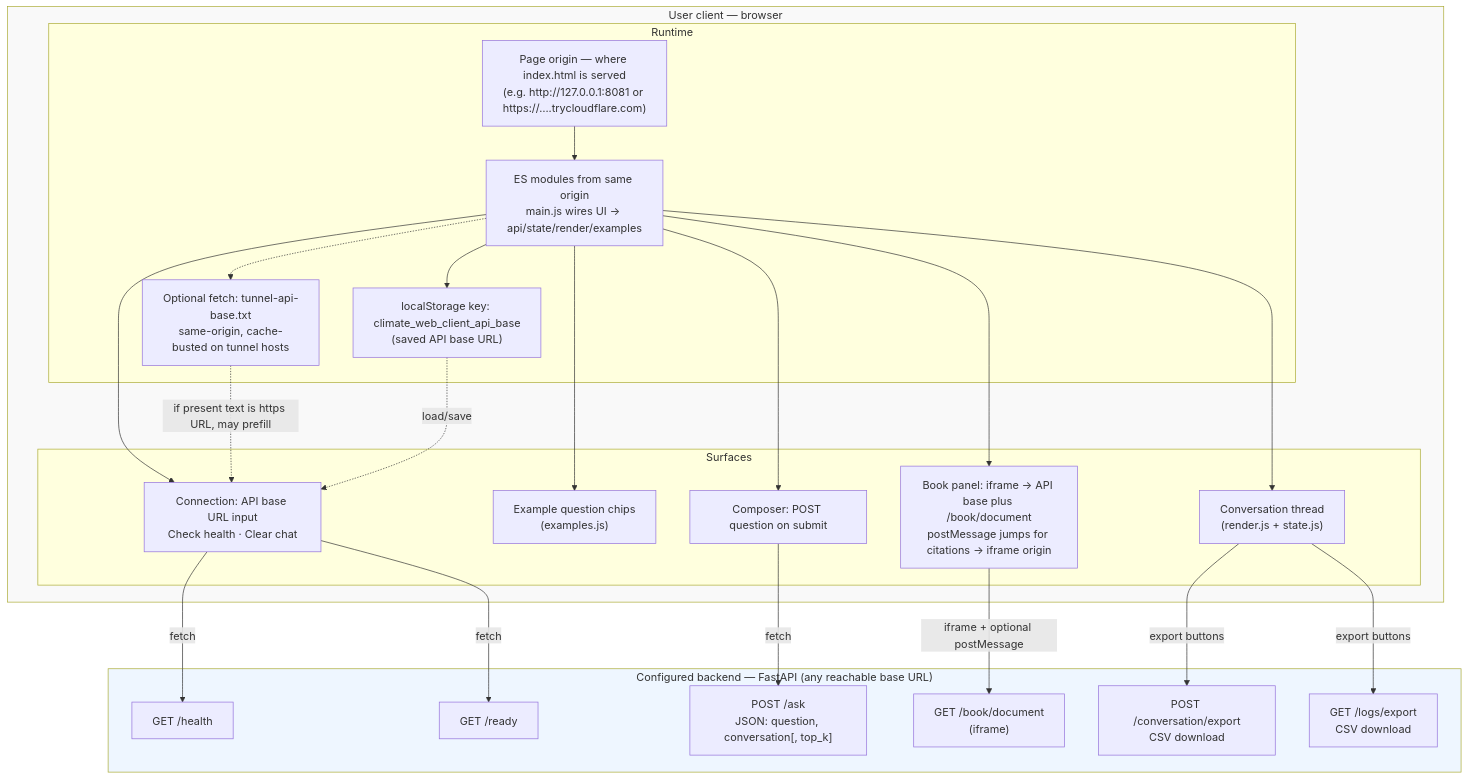
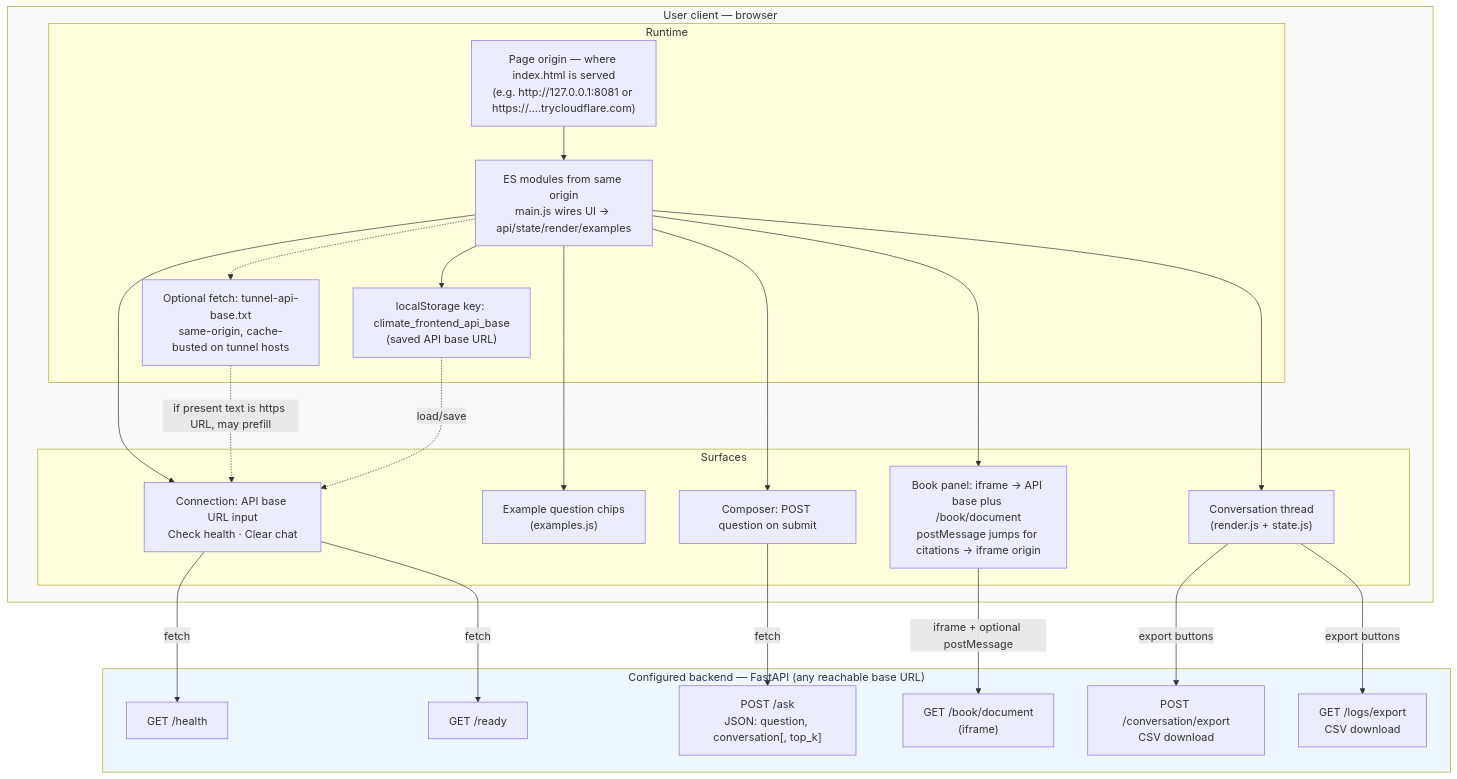
The second of 2 diagrams in docs/client-server-architecture.md (semanticClimate/chatbot), drawn with Mermaid before and after one commit. The commit also changed other lines of this file and 35 other files, not shown here.

Commit message:
renames web_client

````diff
--- a/docs/client-server-architecture.md
+++ b/docs/client-server-architecture.md
@@ -47,50 +47,50 @@
 ```mermaid
 flowchart TB
   subgraph UserClient["User client — browser"]
     subgraph Runtime["Runtime"]
       Origin["Page origin — where index.html is served<br/>(e.g. http://127.0.0.1:8081 or https://….trycloudflare.com)"]
       Modules["ES modules from same origin<br/>main.js wires UI → api/state/render/examples"]
-      Storage["localStorage key: climate_web_client_api_base<br/>(saved API base URL)"]
+      Storage["localStorage key: climate_frontend_api_base<br/>(saved API base URL)"]
       Hint["Optional fetch: tunnel-api-base.txt<br/>same-origin, cache-busted on tunnel hosts"]
       Origin --> Modules
       Modules --> Storage
       Modules -.-> Hint
     end
 
     subgraph UI["Surfaces"]
       Conn["Connection: API base URL input<br/>Check health · Clear chat"]
       Examples["Example question chips<br/>(examples.js)"]
       Thread["Conversation thread<br/>(render.js + state.js)"]
       Composer["Composer: POST question on submit"]
       Book["Book panel: iframe → API base plus /book/document<br/>postMessage jumps for citations → iframe origin"]
     end
 
     Modules --> Conn
     Modules --> Examples
     Modules --> Thread
     Modules --> Composer
     Modules --> Book
   end
 
   subgraph API["Configured backend — FastAPI (any reachable base URL)"]
     H["GET /health"]
     R["GET /ready"]
     A["POST /ask<br/>JSON: question, conversation[, top_k]"]
     D["GET /book/document<br/>(iframe)"]
     C["POST /conversation/export<br/>CSV download"]
     L["GET /logs/export<br/>CSV download"]
   end
 
   Conn -->|"fetch"| H
   Conn -->|"fetch"| R
   Composer -->|"fetch"| A
   Book -->|"iframe + optional postMessage"| D
   Thread -->|"export buttons"| C
   Thread -->|"export buttons"| L
 
   Hint -.->|"if present text is https URL, may prefill"| Conn
   Storage -.->|"load/save"| Conn
 
   style UserClient fill:#f9f9f9
   style API fill:#eef6ff
 ```
````
